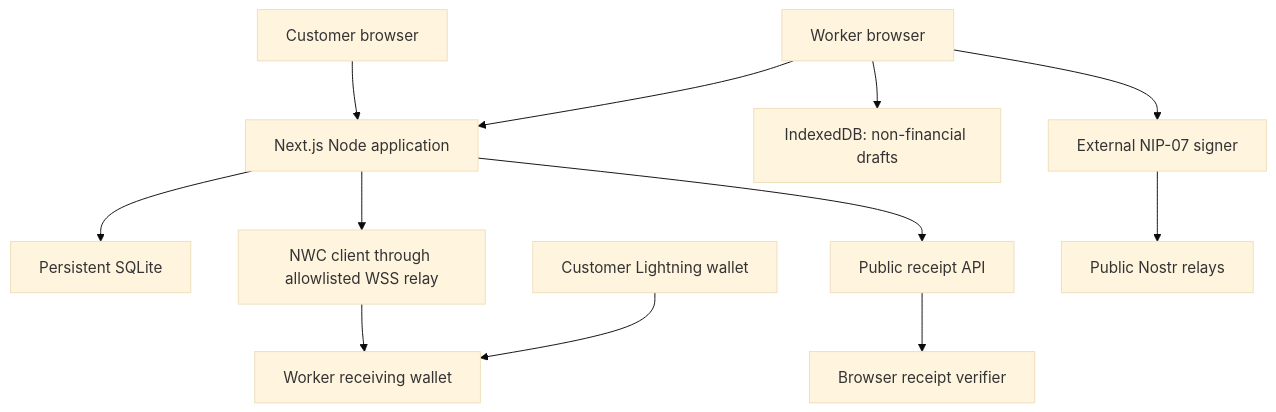
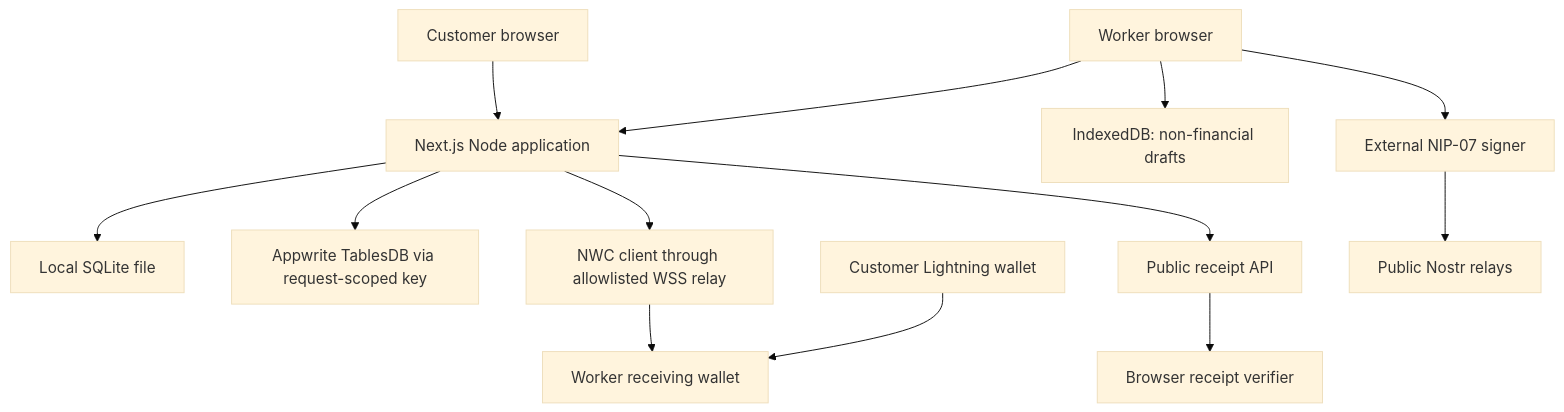
One commit to ansonj-dev/jefpass changed the first of 3 diagrams in ARCHITECTURE.md. Above: the diagram before and after it, drawn with Mermaid (base theme). The commit also changed other lines of this file and 10 other files, not shown here.

Commit message:
Persist JëfPass application state in Appwrite TablesDB

```diff
--- a/ARCHITECTURE.md
+++ b/ARCHITECTURE.md
@@ -7,14 +7,15 @@
 ~~~~mermaid
 flowchart TD
   W[Worker browser] --> APP[Next.js Node application]
   C[Customer browser] --> APP
   W --> IDB[IndexedDB: non-financial drafts]
-  APP --> DB[Persistent SQLite]
+  APP --> LOCALDB[Local SQLite file]
+  APP --> AWDB[Appwrite TablesDB via request-scoped key]
   APP --> NWC[NWC client through allowlisted WSS relay]
   NWC --> WALLET[Worker receiving wallet]
   PAYER[Customer Lightning wallet] --> WALLET
   W --> NIP07[External NIP-07 signer]
   NIP07 --> RELAYS[Public Nostr relays]
   APP --> VERIFY[Public receipt API]
   VERIFY --> V[Browser receipt verifier]
 ~~~~
```
